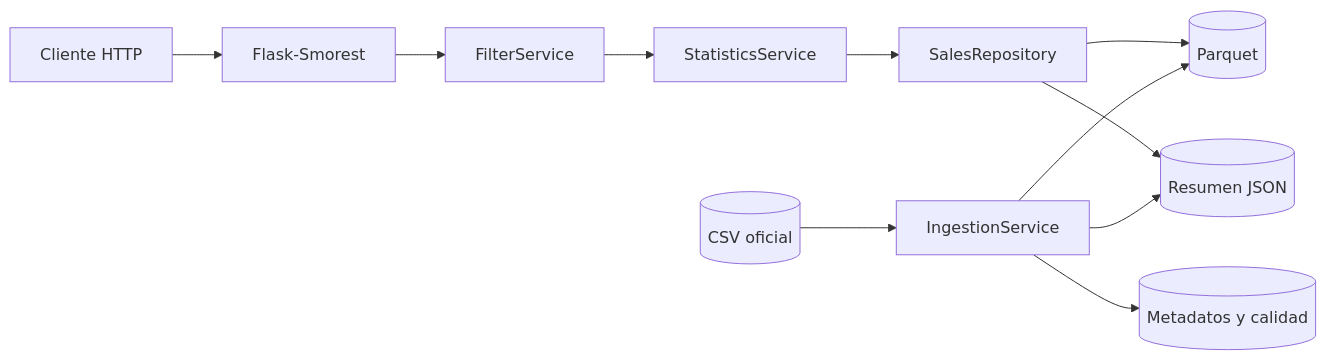
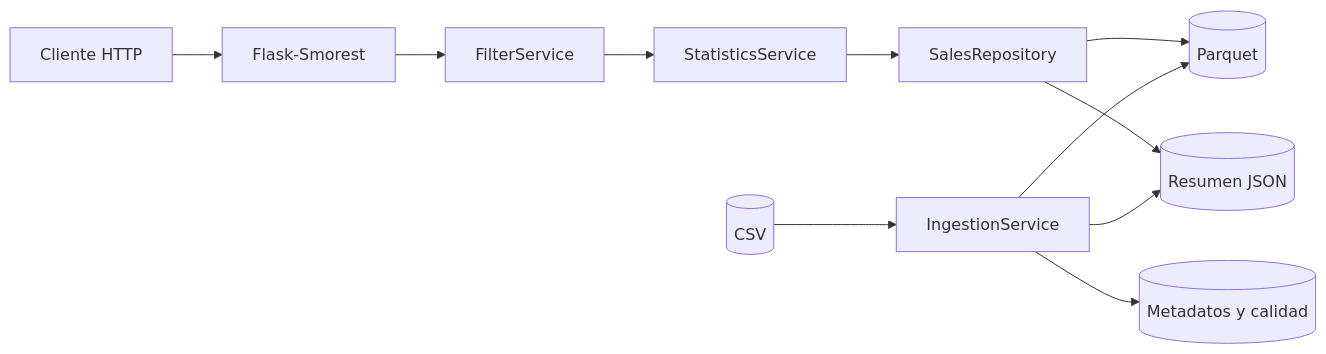
Before and after one commit to alanelap/servicio-rest-estadisticas-ventas: the diagram in README.md, drawn with Mermaid. The commit also changed other lines of this file, not shown here.

````diff
--- a/README.md
+++ b/README.md
@@ -248,13 +302,13 @@
 ```mermaid
 flowchart LR
     C["Cliente HTTP"] --> A["Flask-Smorest"]
     A --> F["FilterService"]
     F --> S["StatisticsService"]
     S --> R["SalesRepository"]
     R --> P[("Parquet")]
     R --> K[("Resumen JSON")]
-    D[("CSV oficial")] --> I["IngestionService"]
+    D[("CSV")] --> I["IngestionService"]
     I --> P
     I --> K
     I --> M[("Metadatos y calidad")]
 ```
````
